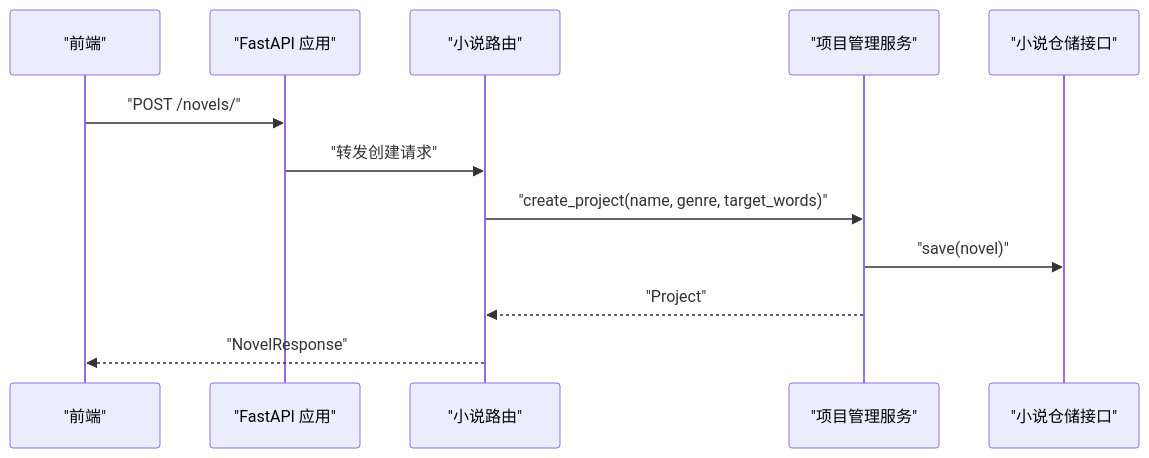
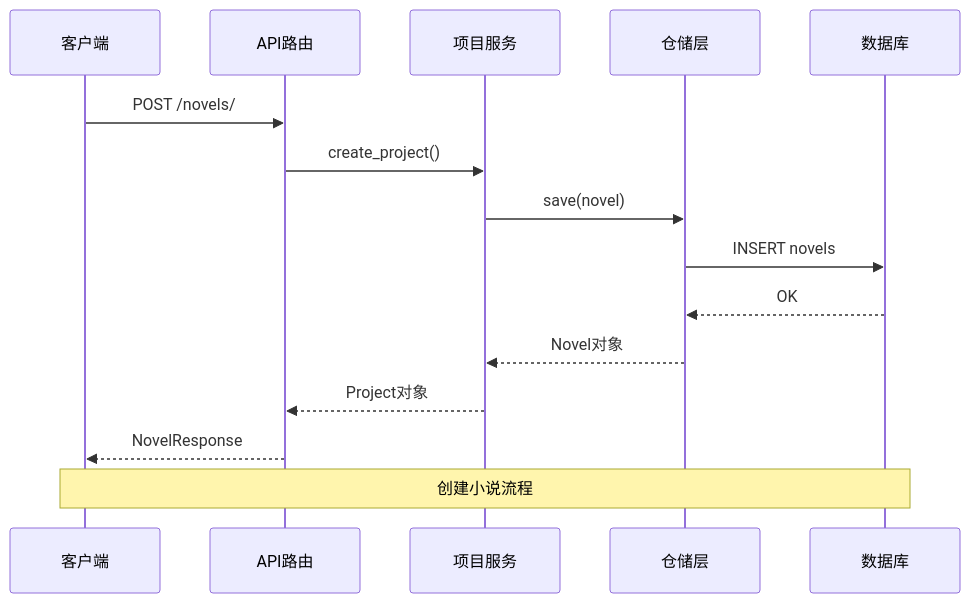
The second of 5 diagrams in .qoder/repowiki/zh/content/API接口文档/小说管理API.md (octsfm/InkTrace), drawn with Mermaid before and after one commit. The commit also changed other lines of this file and 179 other files, not shown here.

````diff
--- a/.qoder/repowiki/zh/content/API接口文档/小说管理API.md
+++ b/.qoder/repowiki/zh/content/API接口文档/小说管理API.md
@@ -136,14 +107,17 @@
 ```mermaid
 sequenceDiagram
-participant FE as "前端"
-participant API as "FastAPI 应用"
-participant NOV as "小说路由"
-participant PRJ as "项目管理服务"
-participant REP as "小说仓储接口"
-FE->>API : "POST /novels/"
-API->>NOV : "转发创建请求"
-NOV->>PRJ : "create_project(name, genre, target_words)"
-PRJ->>REP : "save(novel)"
-PRJ-->>NOV : "Project"
-NOV-->>FE : "NovelResponse"
+participant Client as 客户端
+participant Router as API路由
+participant Service as 项目服务
+participant Repo as 仓储层
+participant DB as 数据库
+Client->>Router : POST /novels/
+Router->>Service : create_project()
+Service->>Repo : save(novel)
+Repo->>DB : INSERT novels
+DB-->>Repo : OK
+Repo-->>Service : Novel对象
+Service-->>Router : Project对象
+Router-->>Client : NovelResponse
+Note over Client,DB : 创建小说流程
 ```
````
